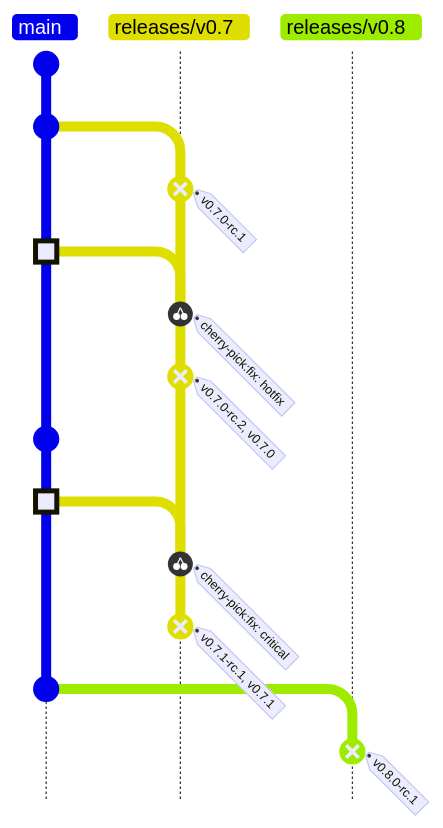
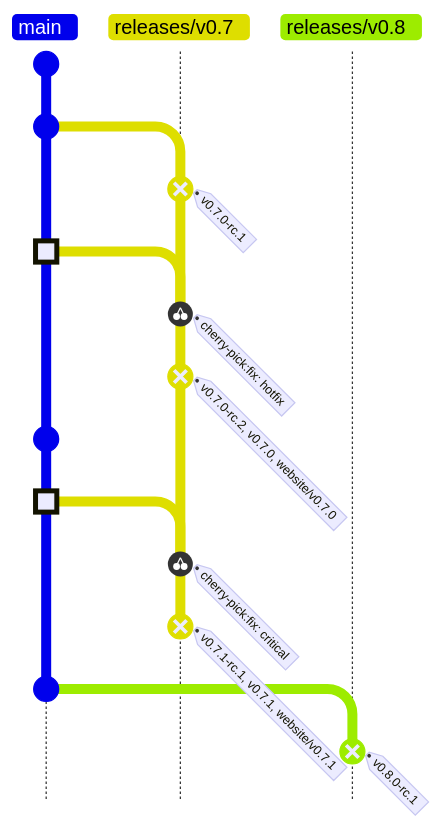
Before and after one commit to open-component-model/open-component-model: the first of 2 diagrams in RELEASE_PROCESS.md, drawn with Mermaid. The commit also changed other lines of this file, not shown here. Commit ids are hidden.

First line of the commit message:
docs(release): document website integration into unified release flow

````diff
--- a/RELEASE_PROCESS.md
+++ b/RELEASE_PROCESS.md
@@ -21,22 +22,22 @@
 ```mermaid
 gitGraph TB:
     commit id: "feat: foo"
     commit id: "feat: bar"
     branch "releases/v0.7"
     commit tag: "v0.7.0-rc.1" type: REVERSE
     checkout main
     commit id: "fix: hotfix" type: HIGHLIGHT
     checkout "releases/v0.7"
     cherry-pick id: "fix: hotfix"
-    commit tag: "v0.7.0-rc.2, v0.7.0" type: REVERSE
+    commit tag: "v0.7.0-rc.2, v0.7.0, website/v0.7.0" type: REVERSE
     checkout main
     commit id: "feat: baz"
     commit id: "fix: critical" type: HIGHLIGHT
     checkout "releases/v0.7"
     cherry-pick id: "fix: critical"
-    commit tag: "v0.7.1-rc.1, v0.7.1" type: REVERSE
+    commit tag: "v0.7.1-rc.1, v0.7.1, website/v0.7.1" type: REVERSE
     checkout main
     commit id: "feat: qux"
     branch "releases/v0.8"
     commit tag: "v0.8.0-rc.1" type: REVERSE
 ```
````
